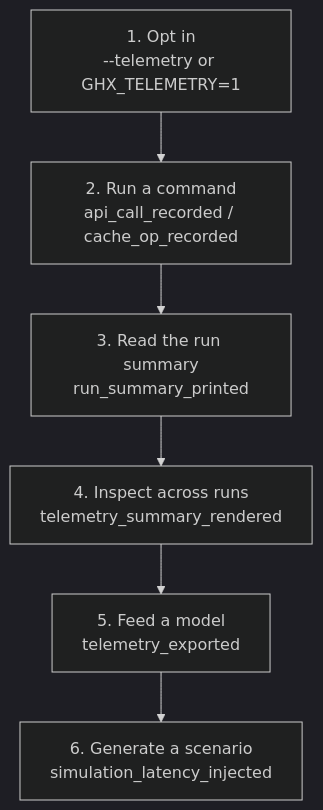
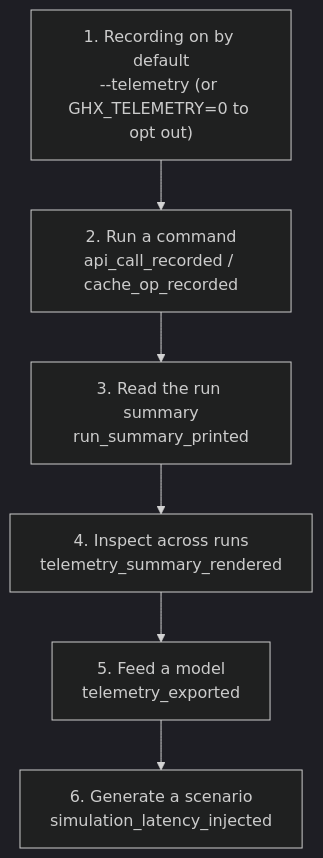
Before and after one commit to TomzxCode/ghx: the diagram in .sdlc/features/25-operational-telemetry/telemetry.md, drawn with Mermaid (dark theme). The commit also changed other lines of this file and 7 other files, not shown here.

````diff
--- a/.sdlc/features/25-operational-telemetry/telemetry.md
+++ b/.sdlc/features/25-operational-telemetry/telemetry.md
@@ -31,8 +32,8 @@
 ```mermaid
 flowchart TD
-    S1["1. Opt in<br/>--telemetry or GHX_TELEMETRY=1"] --> S2["2. Run a command<br/>api_call_recorded / cache_op_recorded"]
+    S1["1. Recording on by default<br/>--telemetry (or GHX_TELEMETRY=0 to opt out)"] --> S2["2. Run a command<br/>api_call_recorded / cache_op_recorded"]
     S2 --> S3["3. Read the run summary<br/>run_summary_printed"]
     S3 --> S4["4. Inspect across runs<br/>telemetry_summary_rendered"]
     S4 --> S5["5. Feed a model<br/>telemetry_exported"]
     S5 --> S6["6. Generate a scenario<br/>simulation_latency_injected"]
 ```
````
